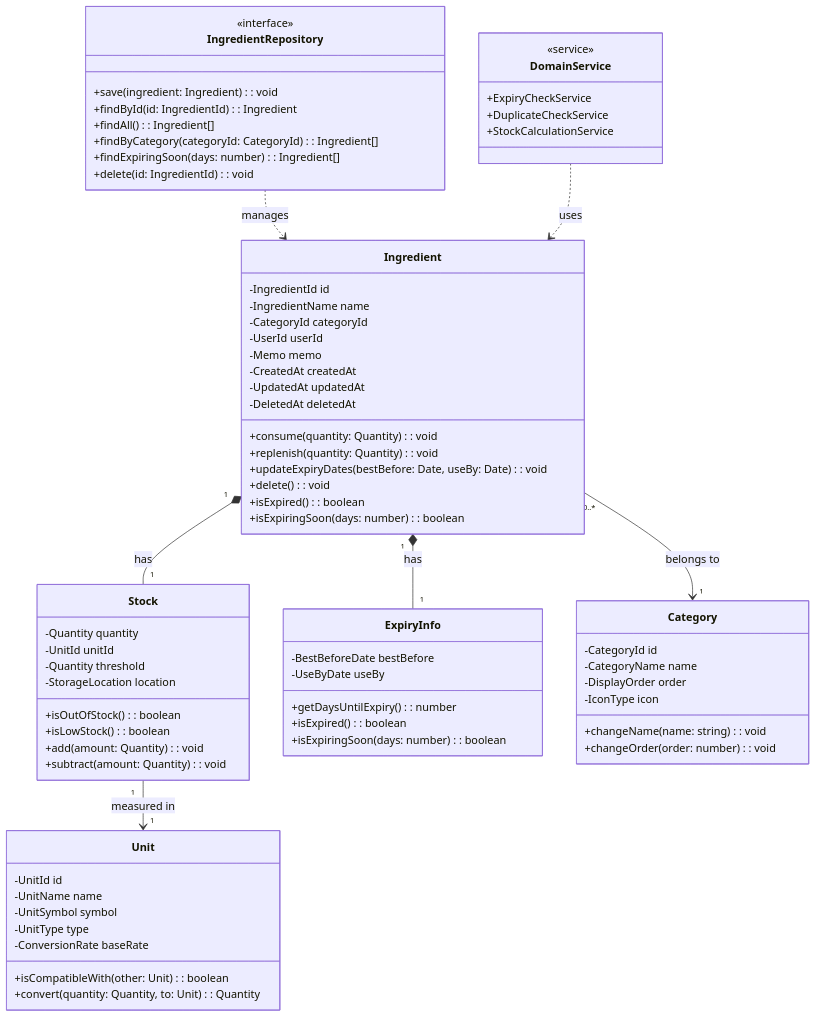
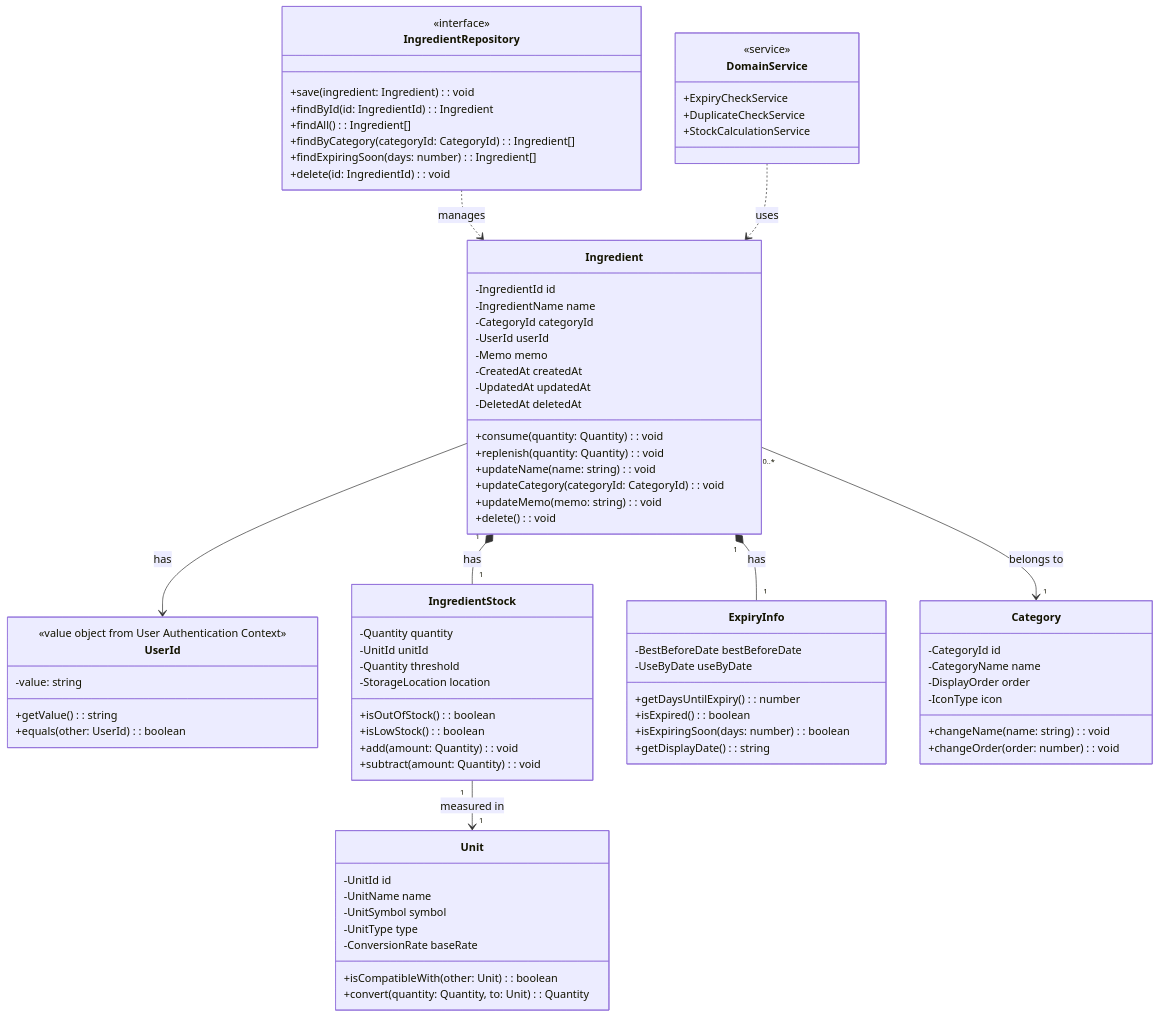
One commit to komei0727/all_in_one changed the third of 6 diagrams in docs/domain/contexts/ingredient-management/sudo-modeling.md. Above: the diagram before and after it, drawn with Mermaid. The commit also changed other lines of this file and 25 other files, not shown here.

````diff
--- a/docs/domain/contexts/ingredient-management/sudo-modeling.md
+++ b/docs/domain/contexts/ingredient-management/sudo-modeling.md
@@ -112,13 +116,20 @@
         -DeletedAt deletedAt
         +consume(quantity: Quantity): void
         +replenish(quantity: Quantity): void
-        +updateExpiryDates(bestBefore: Date, useBy: Date): void
+        +updateName(name: string): void
+        +updateCategory(categoryId: CategoryId): void
+        +updateMemo(memo: string): void
         +delete(): void
-        +isExpired(): boolean
-        +isExpiringSoon(days: number): boolean
     }
 
-    class Stock {
+    class UserId {
+        <<value object from User Authentication Context>>
+        -value: string
+        +getValue(): string
+        +equals(other: UserId): boolean
+    }
+
+    class IngredientStock {
         -Quantity quantity
         -UnitId unitId
         -Quantity threshold
@@ -130,11 +141,12 @@
     }
 
     class ExpiryInfo {
-        -BestBeforeDate bestBefore
-        -UseByDate useBy
+        -BestBeforeDate bestBeforeDate
+        -UseByDate useByDate
         +getDaysUntilExpiry(): number
         +isExpired(): boolean
         +isExpiringSoon(days: number): boolean
+        +getDisplayDate(): string
     }
 
     class Category {
@@ -174,10 +186,11 @@
     }
 
     %% 関連
-    Ingredient "1" *-- "1" Stock : has
+    Ingredient "1" *-- "1" IngredientStock : has
     Ingredient "1" *-- "1" ExpiryInfo : has
     Ingredient "0..*" --> "1" Category : belongs to
-    Stock "1" --> "1" Unit : measured in
+    Ingredient --> UserId : has
+    IngredientStock "1" --> "1" Unit : measured in
     IngredientRepository ..> Ingredient : manages
     DomainService ..> Ingredient : uses
 ```
````
